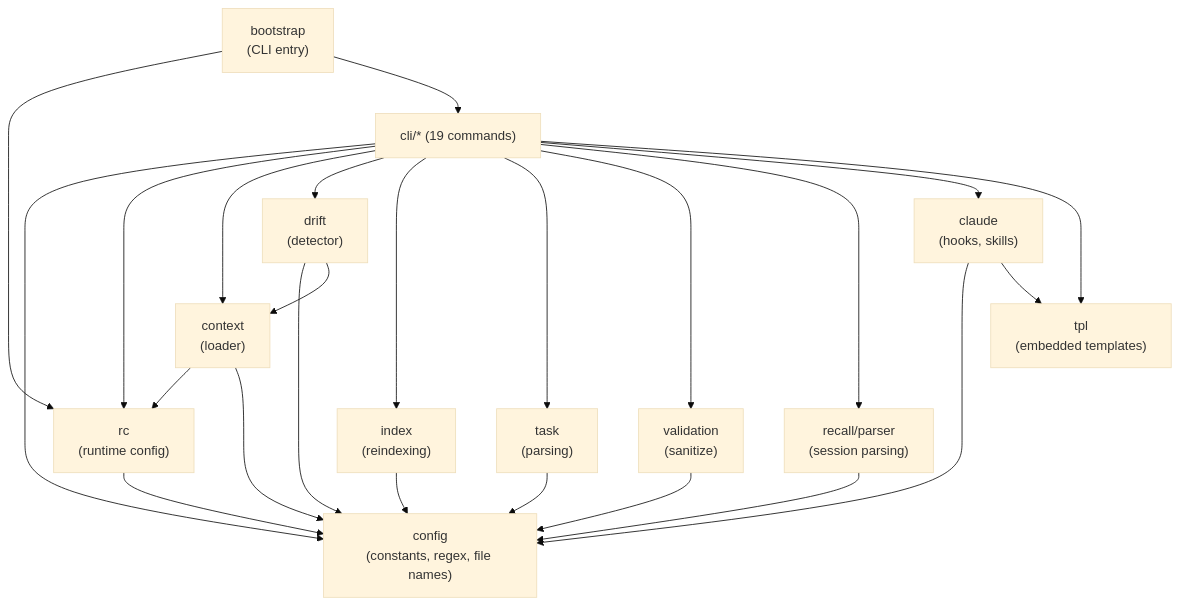
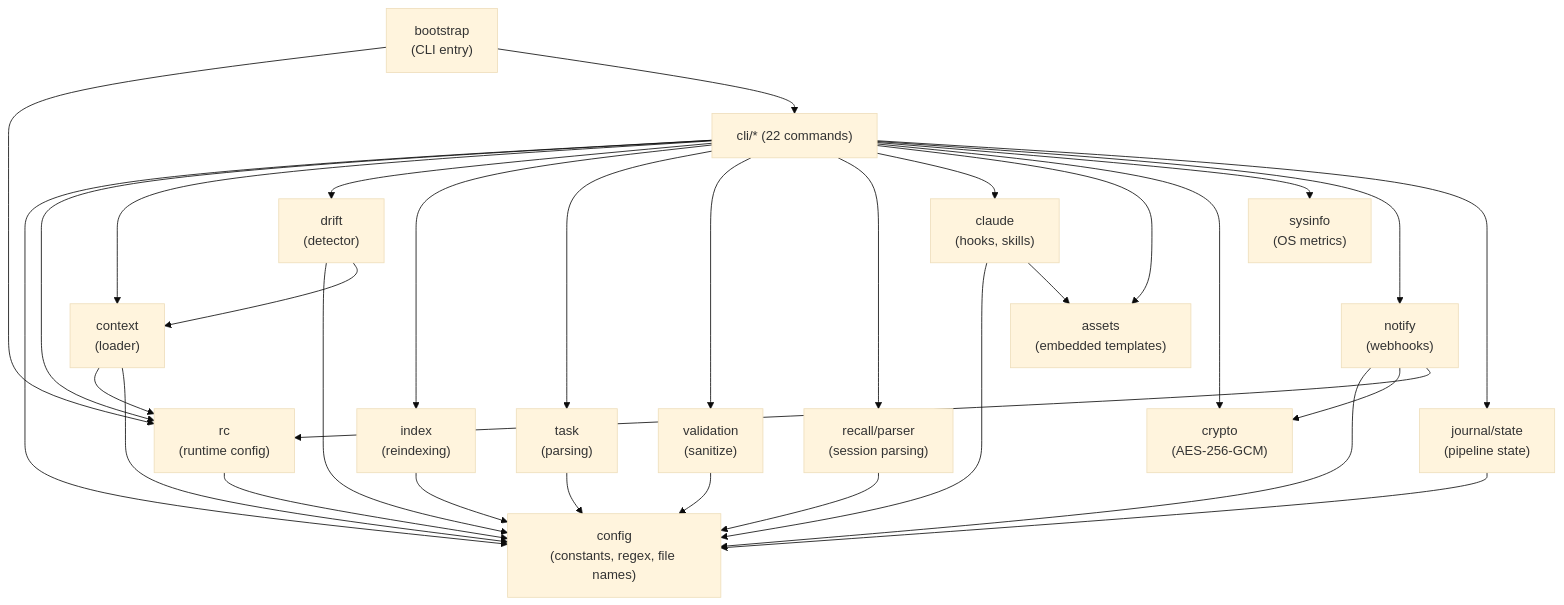
The first of 7 diagrams in .context/ARCHITECTURE.md (ActiveMemory/ctx), drawn with Mermaid (base theme) before and after one commit. The commit also changed other lines of this file and 465 other files, not shown here.

````diff
--- a/.context/ARCHITECTURE.md
+++ b/.context/ARCHITECTURE.md
@@ -26,30 +26,40 @@
 ```mermaid
 graph TD
     config["config<br/>(constants, regex, file names)"]
-    tpl["tpl<br/>(embedded templates)"]
+    assets["assets<br/>(embedded templates)"]
 
     rc["rc<br/>(runtime config)"] --> config
     context["context<br/>(loader)"] --> rc
     context --> config
     drift["drift<br/>(detector)"] --> config
     drift --> context
     index["index<br/>(reindexing)"] --> config
     task["task<br/>(parsing)"] --> config
     validation["validation<br/>(sanitize)"] --> config
     recall_parser["recall/parser<br/>(session parsing)"] --> config
     claude["claude<br/>(hooks, skills)"] --> config
-    claude --> tpl
+    claude --> assets
+    crypto["crypto<br/>(AES-256-GCM)"]
+    sysinfo["sysinfo<br/>(OS metrics)"]
+    notify["notify<br/>(webhooks)"] --> config
+    notify --> crypto
+    notify --> rc
+    journal_state["journal/state<br/>(pipeline state)"] --> config
 
     bootstrap["bootstrap<br/>(CLI entry)"] --> rc
-    bootstrap --> cli_all["cli/* (19 commands)"]
+    bootstrap --> cli_all["cli/* (22 commands)"]
     cli_all --> config
     cli_all --> rc
     cli_all --> context
     cli_all --> drift
     cli_all --> index
     cli_all --> task
     cli_all --> validation
     cli_all --> recall_parser
     cli_all --> claude
-    cli_all --> tpl
+    cli_all --> assets
+    cli_all --> crypto
+    cli_all --> sysinfo
+    cli_all --> notify
+    cli_all --> journal_state
 ```
````
